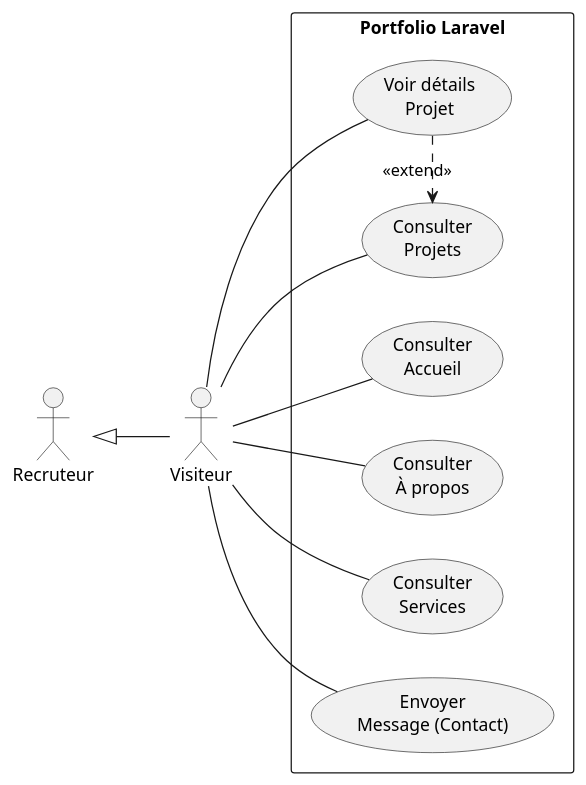
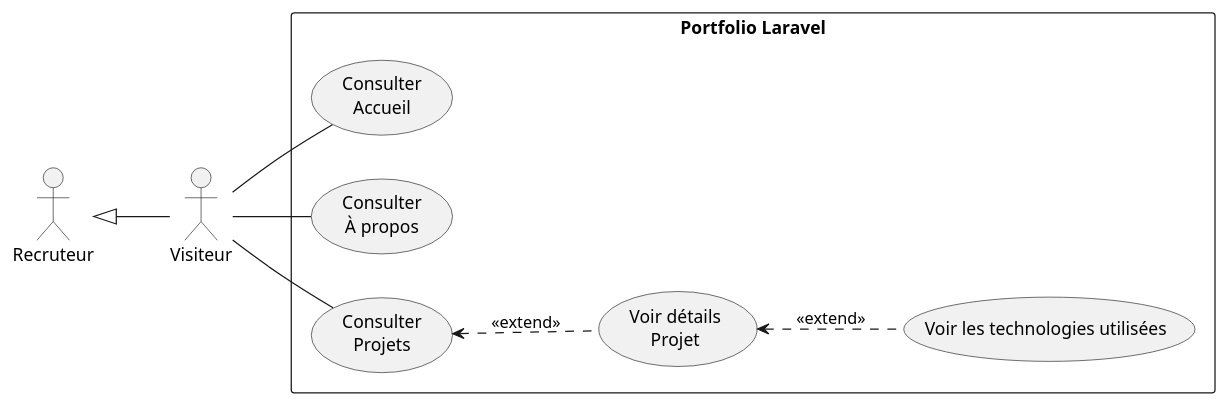
Before and after one commit to BENYEKHLEF-Anouar/Portfolio-developpeur: the diagram in Analyse/diagram.puml, drawn with PlantUML. The commit also changed 23 other files, not shown here.

```diff
--- a/Analyse/diagram.puml
+++ b/Analyse/diagram.puml
@@ -1,27 +1,24 @@
 @startuml
 left to right direction
 skinparam packageStyle rectangle
 
 actor "Visiteur" as Visitor
 actor "Recruteur" as Recruiter
 Recruiter <|-- Visitor
 
-rectangle "Portfolio Laravel" {
+package "Portfolio Laravel" {
   usecase "Consulter\nAccueil" as UC_Home
   usecase "Consulter\nÀ propos" as UC_About
   usecase "Consulter\nProjets" as UC_Projects
   usecase "Voir détails\nProjet" as UC_ProjectDetails
-  usecase "Consulter\nServices" as UC_Services
-  usecase "Envoyer\nMessage (Contact)" as UC_Contact
+  usecase "Voir les technologies utilisées" as UC_TechnologiesProjects
 }
 
 Visitor -- UC_Home
 Visitor -- UC_About
 Visitor -- UC_Projects
-Visitor -- UC_ProjectDetails
-Visitor -- UC_Services
-Visitor -- UC_Contact
 
-' Optionnel : relations de dépendance/extension
-UC_ProjectDetails .> UC_Projects : <<extend>>
+' Optional: relationships
+UC_Projects <.- UC_ProjectDetails : <<extend>>
+UC_ProjectDetails <.- UC_TechnologiesProjects : <<extend>>
 @enduml
```
